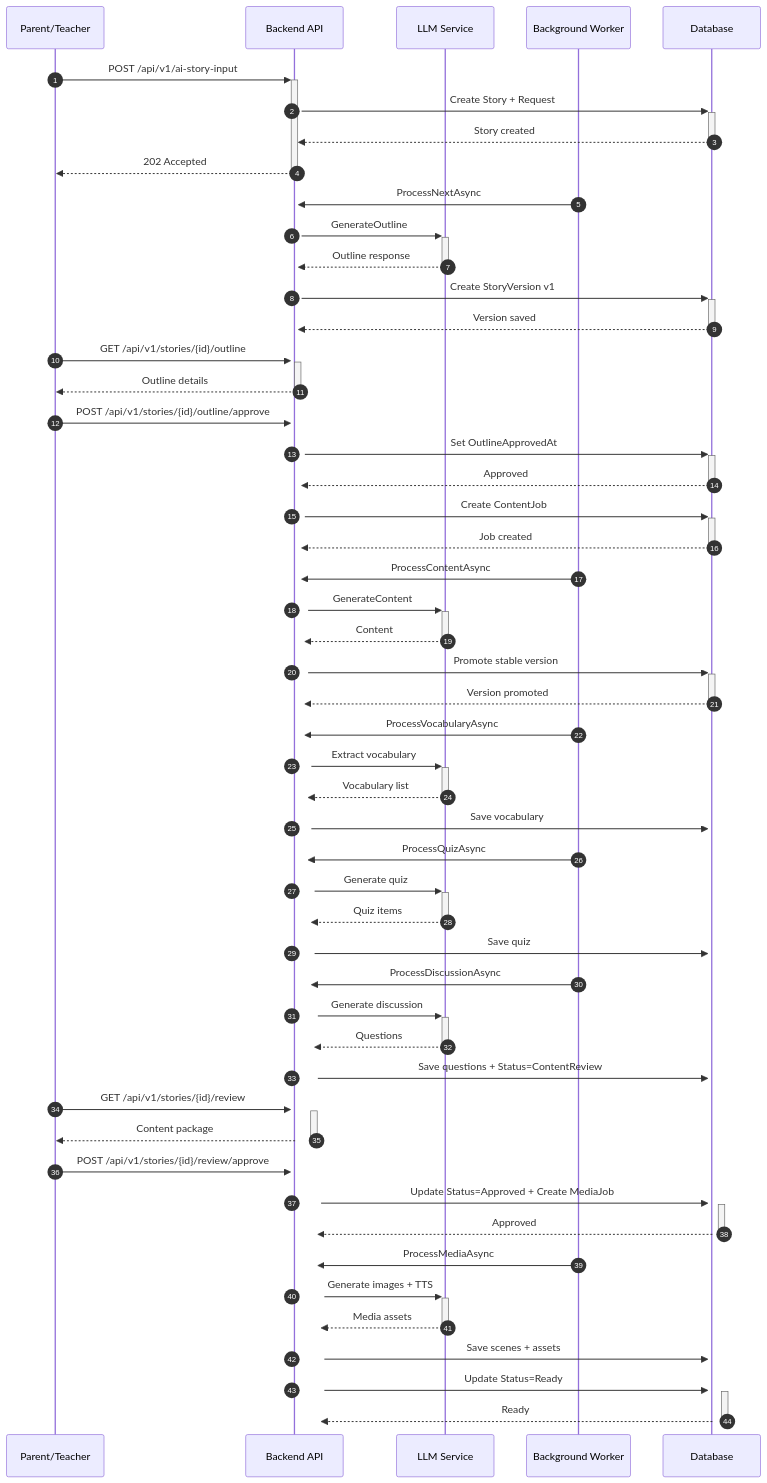
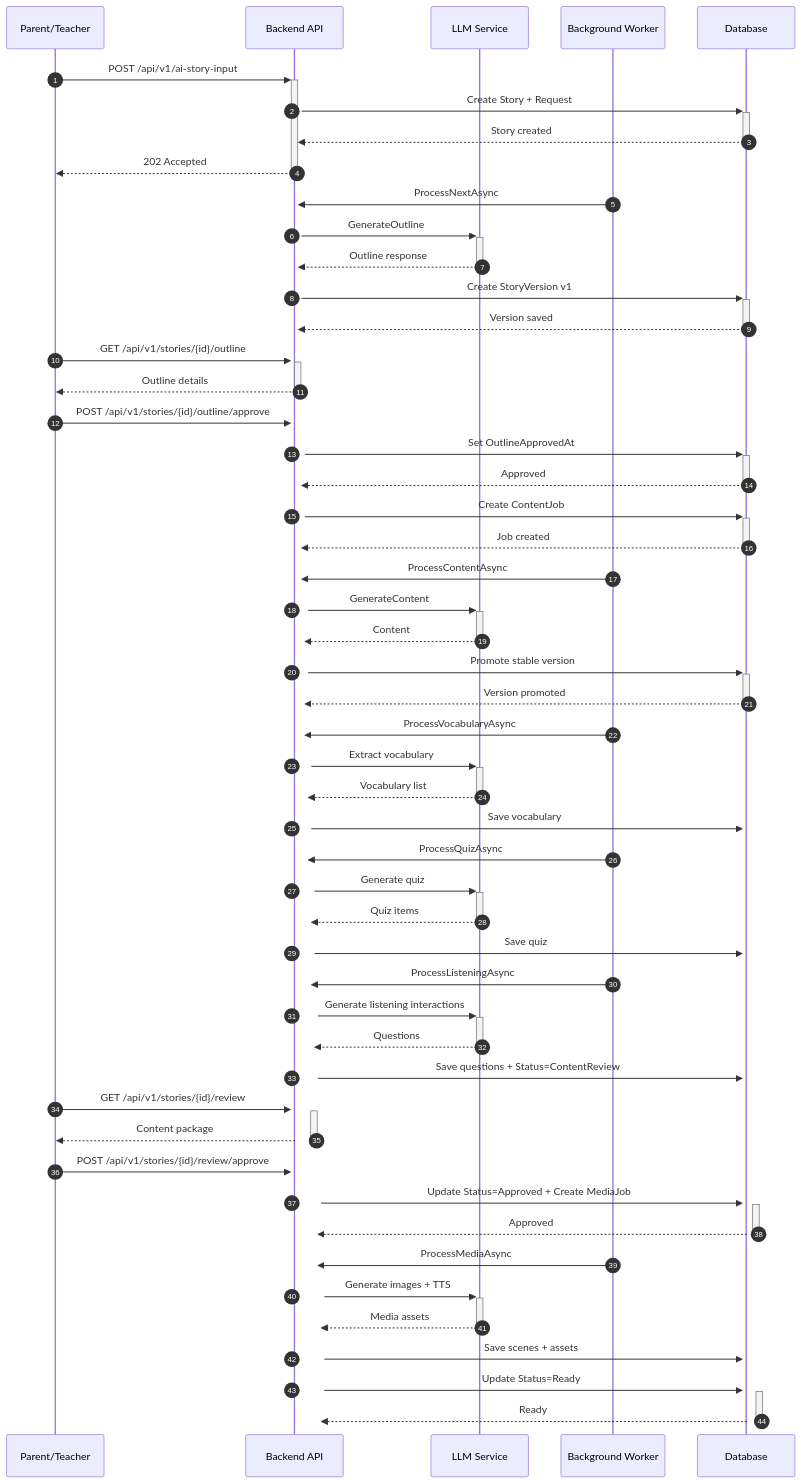
Diagram 23 of 23 in src/AI/AI_Story_Generation_Activity_Diagram.md (FA26SE142-GFA26SE04-AI-Storytelling/AI_Storytelling_Backend), drawn with Mermaid before and after one commit. The commit also changed other lines of this file and 170 other files, not shown here.

First line of the commit message:
refactor(discussion): remove discussion questions in favor of listening interactions

````diff
--- a/src/AI/AI_Story_Generation_Activity_Diagram.md
+++ b/src/AI/AI_Story_Generation_Activity_Diagram.md
@@ -1058,64 +1058,64 @@
 ```mermaid
 sequenceDiagram
     autonumber
     participant Parent as Parent/Teacher
     participant API as Backend API
     participant LLM as LLM Service
     participant Worker as Background Worker
     participant DB as Database
 
     Parent->>+API: POST /api/v1/ai-story-input
     API->>+DB: Create Story + Request
     DB-->>-API: Story created
     API-->>-Parent: 202 Accepted
 
     Worker->>+API: ProcessNextAsync
     API->>+LLM: GenerateOutline
     LLM-->>-API: Outline response
     API->>+DB: Create StoryVersion v1
     DB-->>-API: Version saved
 
     Parent->>+API: GET /api/v1/stories/{id}/outline
     API-->>-Parent: Outline details
 
     Parent->>+API: POST /api/v1/stories/{id}/outline/approve
     API->>+DB: Set OutlineApprovedAt
     DB-->>-API: Approved
     API->>+DB: Create ContentJob
     DB-->>-API: Job created
 
     Worker->>+API: ProcessContentAsync
     API->>+LLM: GenerateContent
     LLM-->>-API: Content
     API->>+DB: Promote stable version
     DB-->>-API: Version promoted
 
     Worker->>+API: ProcessVocabularyAsync
     API->>+LLM: Extract vocabulary
     LLM-->>-API: Vocabulary list
     API->>+DB: Save vocabulary
 
     Worker->>+API: ProcessQuizAsync
     API->>+LLM: Generate quiz
     LLM-->>-API: Quiz items
     API->>+DB: Save quiz
 
-    Worker->>+API: ProcessDiscussionAsync
-    API->>+LLM: Generate discussion
+    Worker->>+API: ProcessListeningAsync
+    API->>+LLM: Generate listening interactions
     LLM-->>-API: Questions
     API->>+DB: Save questions + Status=ContentReview
 
     Parent->>+API: GET /api/v1/stories/{id}/review
     API-->>-Parent: Content package
 
     Parent->>+API: POST /api/v1/stories/{id}/review/approve
     API->>+DB: Update Status=Approved + Create MediaJob
     DB-->>-API: Approved
 
     Worker->>+API: ProcessMediaAsync
     API->>+LLM: Generate images + TTS
     LLM-->>-API: Media assets
     API->>+DB: Save scenes + assets
     API->>+DB: Update Status=Ready
     DB-->>-API: Ready
 ```
````
